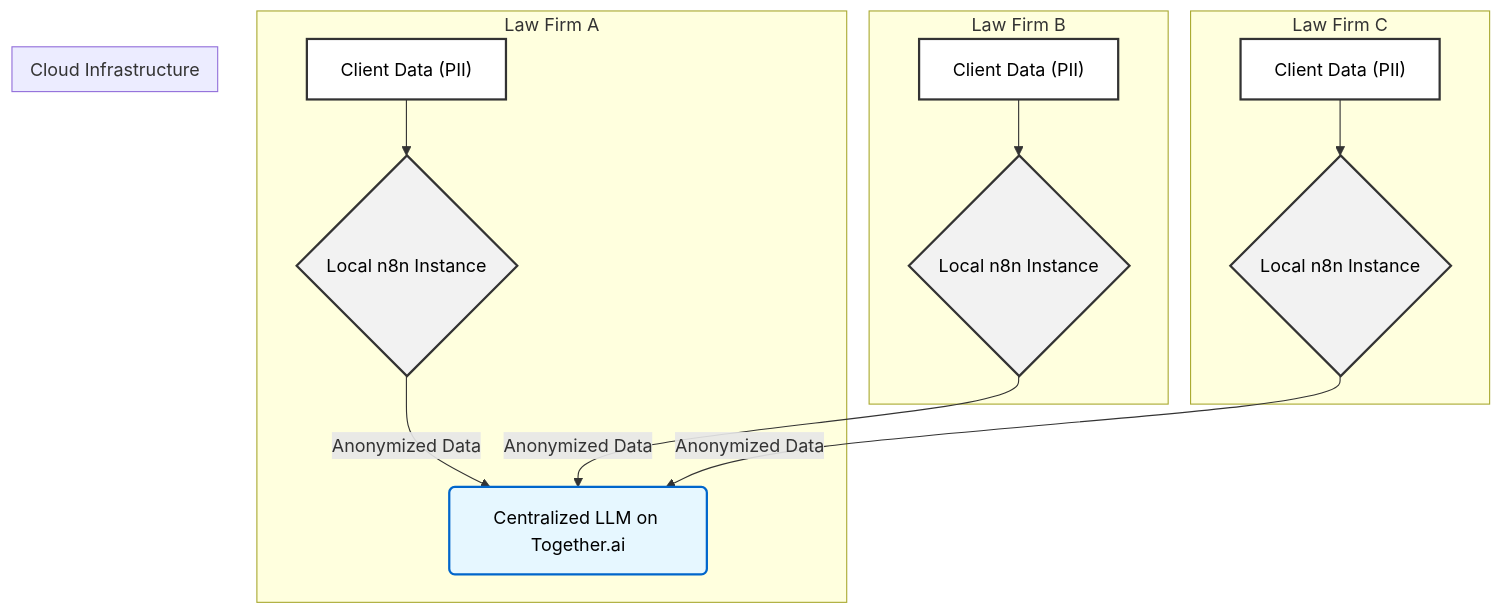
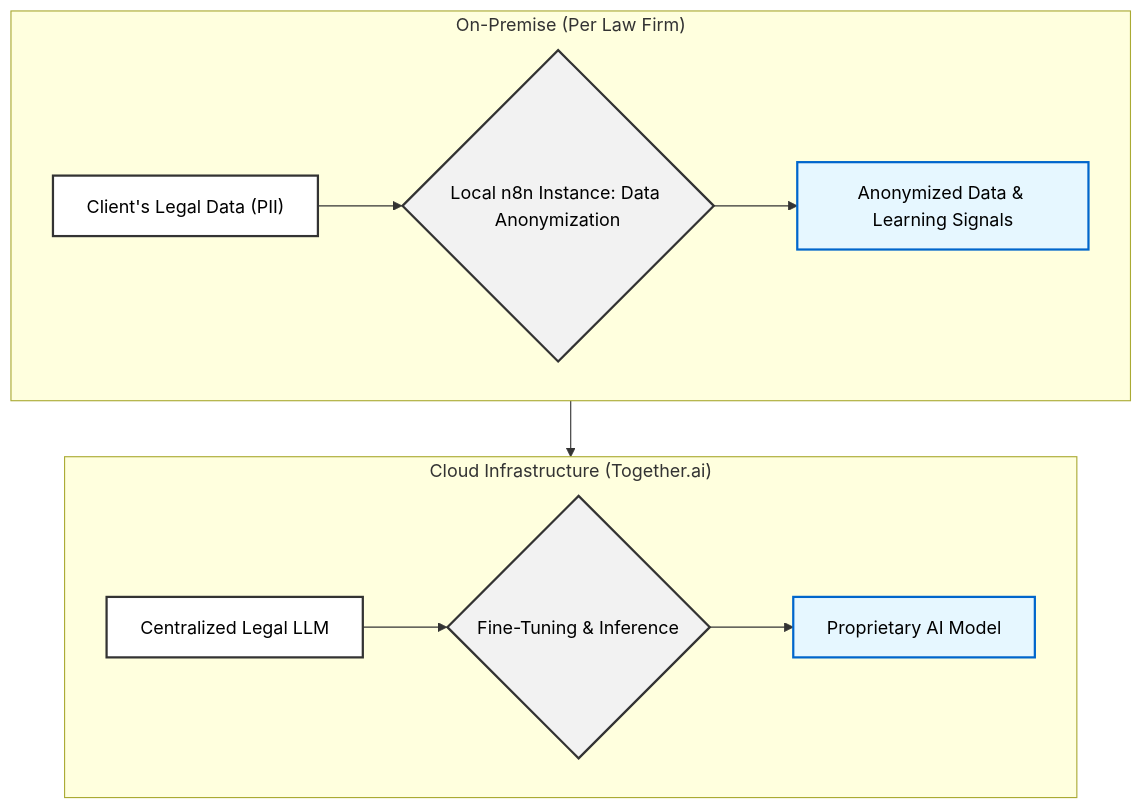
One commit to the-ai-entrepreneur-ai-hub/anwalts-ai-vision-2030 changed the diagram in README.md. Above: the diagram before and after it, drawn with Mermaid. The commit also changed other lines of this file and 1 other file, not shown here.

Commit message:
docs: update diagrams and link documents

````diff
--- a/README.md
+++ b/README.md
@@ -28,27 +26,23 @@
 ```mermaid
 graph TD
-    subgraph "Law Firm A"
-        A1["Client Data (PII)"] --> A2{"Local n8n Instance"};
-        A2 -- "Anonymized Data" --> C;
-    end
-    subgraph "Law Firm B"
-        B1["Client Data (PII)"] --> B2{"Local n8n Instance"};
-        B2 -- "Anonymized Data" --> C;
-    end
-    subgraph "Law Firm C"
-        C1["Client Data (PII)"] --> C2{"Local n8n Instance"};
-        C2 -- "Anonymized Data" --> C;
+    subgraph "On-Premise (Per Law Firm)"
+        direction LR
+        A["Client's Legal Data (PII)"] --> B{Local n8n Instance: Data Anonymization};
+        B --> C["Anonymized Data & Learning Signals"];
     end
 
-    subgraph "Cloud Infrastructure"
-        C("Centralized LLM on Together.ai");
+    subgraph "Cloud Infrastructure (Together.ai)"
+        direction LR
+        D[Centralized Legal LLM] --> E{Fine-Tuning & Inference};
+        E --> F["Proprietary AI Model"];
     end
 
-    style A1 fill:#fff,stroke:#333,stroke-width:2px,color:#000
-    style B1 fill:#fff,stroke:#333,stroke-width:2px,color:#000
-    style C1 fill:#fff,stroke:#333,stroke-width:2px,color:#000
-    style A2 fill:#f2f2f2,stroke:#333,stroke-width:2px,color:#000
-    style B2 fill:#f2f2f2,stroke:#333,stroke-width:2px,color:#000
-    style C2 fill:#f2f2f2,stroke:#333,stroke-width:2px,color:#000
+    C --> D;
+
+    style A fill:#fff,stroke:#333,stroke-width:2px,color:#000
+    style B fill:#f2f2f2,stroke:#333,stroke-width:2px,color:#000
     style C fill:#e6f7ff,stroke:#0066cc,stroke-width:2px,color:#000
+    style D fill:#fff,stroke:#333,stroke-width:2px,color:#000
+    style E fill:#f2f2f2,stroke:#333,stroke-width:2px,color:#000
+    style F fill:#e6f7ff,stroke:#0066cc,stroke-width:2px,color:#000
 ```
````
